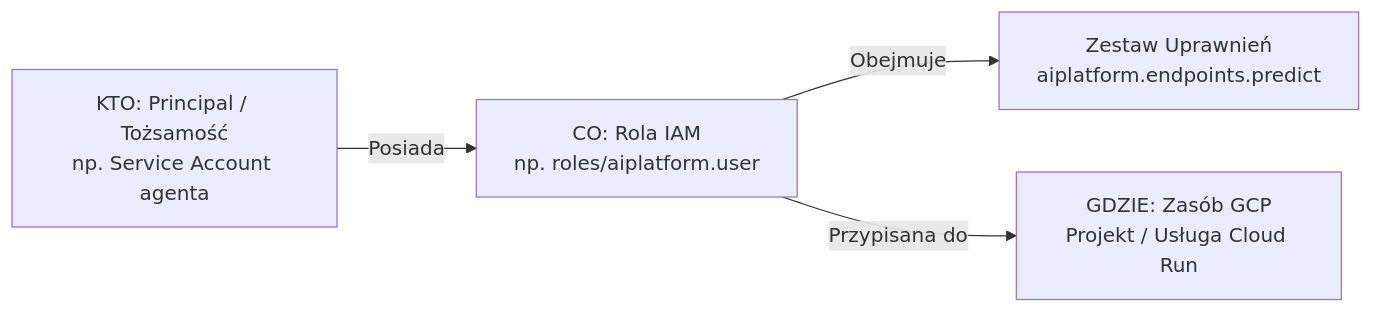
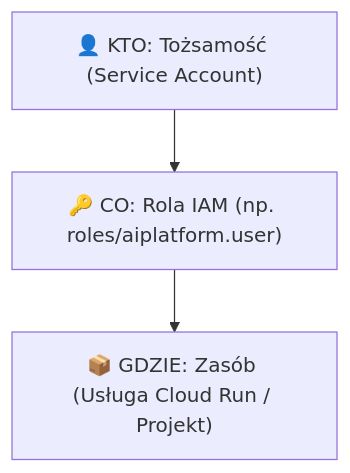
Before and after one commit to majsterkovic/a2ui: the first of 3 diagrams in docs/public/gcp-course/06-iam-fundamentals.md, drawn with Mermaid. The commit also changed other lines of this file and 9 other files, not shown here.

Commit message:
docs: uproszczenie i poprawa czytelnosci diagramow w calym kursie

````diff
--- a/docs/public/gcp-course/06-iam-fundamentals.md
+++ b/docs/public/gcp-course/06-iam-fundamentals.md
@@ -15,6 +15,5 @@
 ```mermaid
-flowchart LR
-    Principal[KTO: Principal / Tożsamość<br>np. Service Account agenta] -->|Posiada| Role[CO: Rola IAM<br>np. roles/aiplatform.user]
-    Role -->|Obejmuje| Perms[Zestaw Uprawnień<br>aiplatform.endpoints.predict]
-    Role -->|Przypisana do| Resource[GDZIE: Zasób GCP<br>Projekt / Usługa Cloud Run]
+flowchart TD
+    Principal["👤 KTO: Tożsamość (Service Account)"] --> Role["🔑 CO: Rola IAM (np. roles/aiplatform.user)"]
+    Role --> Resource["📦 GDZIE: Zasób (Usługa Cloud Run / Projekt)"]
 ```
````
